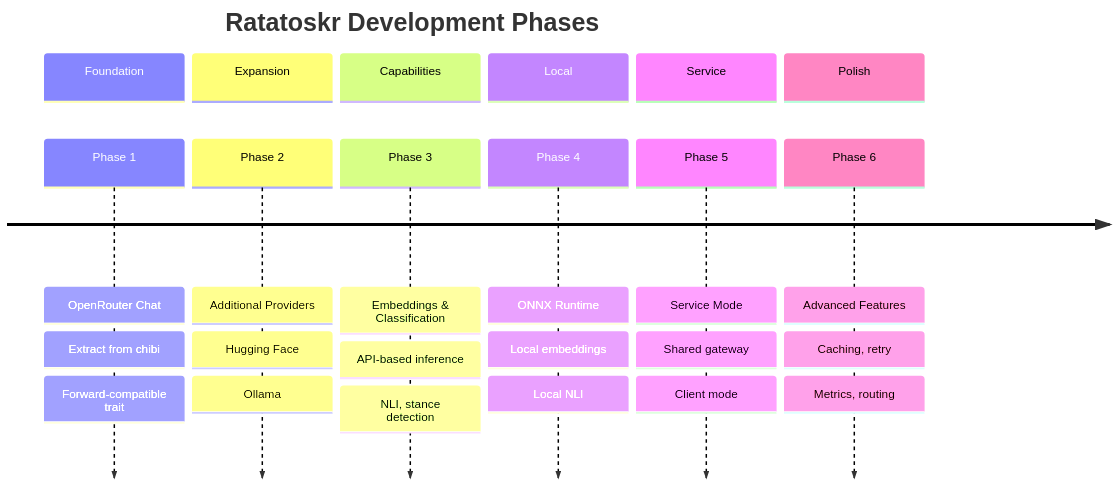
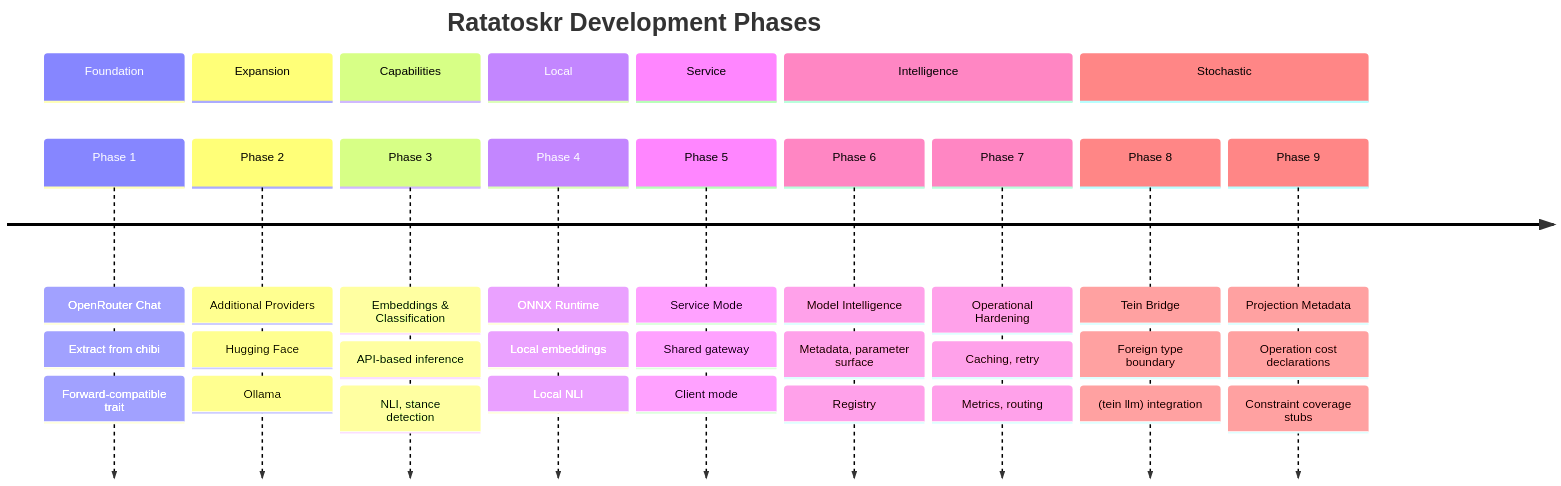
The first of 19 diagrams in docs/plans/ROADMAP-diagrams.md (emesal/ratatoskr), drawn with Mermaid before and after one commit. The commit also changed other lines of this file and 1 other file, not shown here.

Commit message:
update roadmap after strategy discussions

````diff
--- a/docs/plans/ROADMAP-diagrams.md
+++ b/docs/plans/ROADMAP-diagrams.md
@@ -7,34 +7,45 @@
 ```mermaid
 timeline
     title Ratatoskr Development Phases
 
     section Foundation
         Phase 1 : OpenRouter Chat
                 : Extract from chibi
                 : Forward-compatible trait
 
     section Expansion
         Phase 2 : Additional Providers
                 : Hugging Face
                 : Ollama
 
     section Capabilities
         Phase 3 : Embeddings & Classification
                 : API-based inference
                 : NLI, stance detection
 
     section Local
         Phase 4 : ONNX Runtime
                 : Local embeddings
                 : Local NLI
 
     section Service
         Phase 5 : Service Mode
                 : Shared gateway
                 : Client mode
 
-    section Polish
-        Phase 6 : Advanced Features
+    section Intelligence
+        Phase 6 : Model Intelligence
+                : Metadata, parameter surface
+                : Registry
+        Phase 7 : Operational Hardening
                 : Caching, retry
                 : Metrics, routing
+
+    section Stochastic
+        Phase 8 : Tein Bridge
+                : Foreign type boundary
+                : (tein llm) integration
+        Phase 9 : Projection Metadata
+                : Operation cost declarations
+                : Constraint coverage stubs
 ```
````
